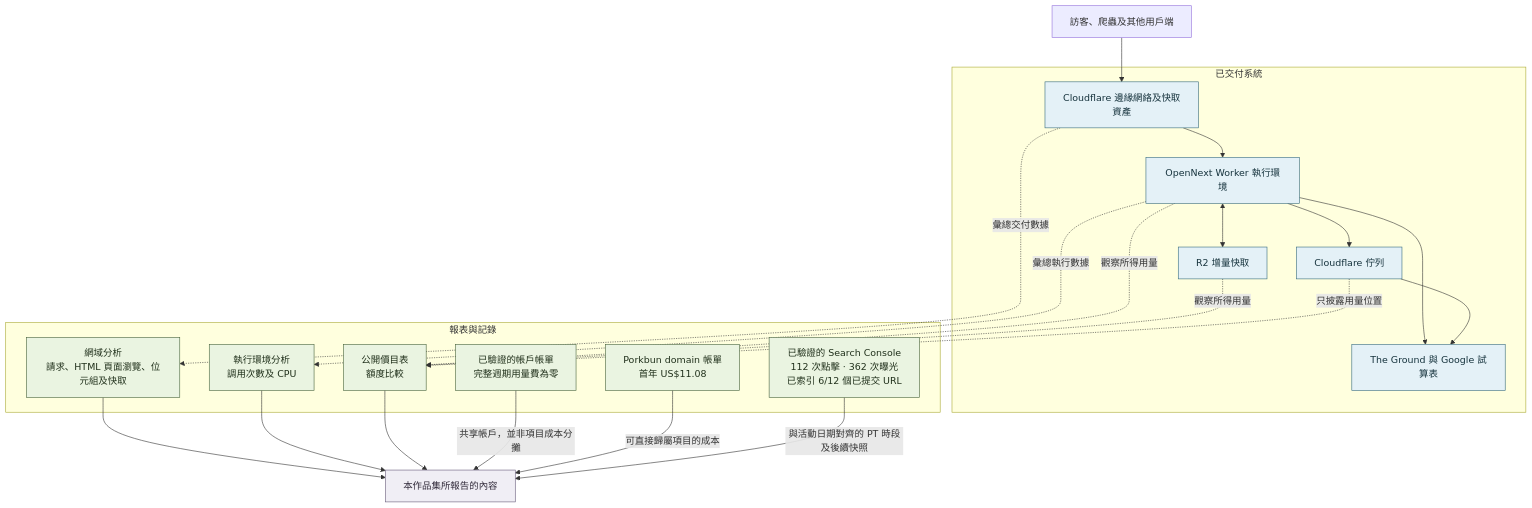
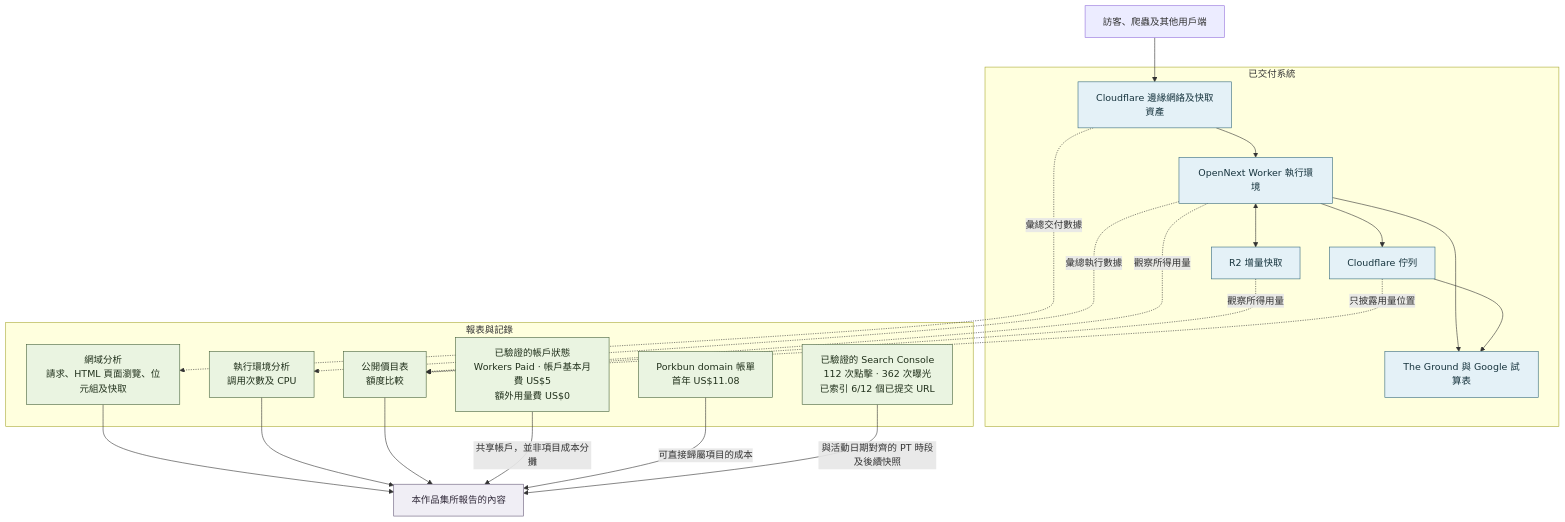
One commit to jackyngtf/wellness-village-event-platform changed the diagram in docs/diagrams/production-measurement-boundaries.zh-Hant.mmd. Above: the diagram before and after it, drawn with Mermaid. The commit also changed 147 other files, not shown here.

```diff
--- a/docs/diagrams/production-measurement-boundaries.zh-Hant.mmd
+++ b/docs/diagrams/production-measurement-boundaries.zh-Hant.mmd
@@ -1,48 +1,48 @@
 flowchart TB
     VISITOR[訪客、爬蟲及其他用戶端]
 
     subgraph DELIVERY[已交付系統]
         EDGE[Cloudflare 邊緣網絡及快取資產]
         WORKER[OpenNext Worker 執行環境]
         R2[R2 增量快取]
         QUEUE[Cloudflare 佇列]
         EXTERNAL[The Ground 與 Google 試算表]
     end
 
     subgraph EVIDENCE[報表與記錄]
         ZONE_ANALYTICS[網域分析<br/>請求、HTML 頁面瀏覽、位元組及快取]
         WORKER_ANALYTICS[執行環境分析<br/>調用次數及 CPU]
         RATE_CARD[公開價目表<br/>額度比較]
-        ACCOUNT_BILLING[已驗證的帳戶帳單<br/>完整週期用量費為零]
+        ACCOUNT_BILLING[已驗證的帳戶狀態<br/>Workers Paid · 帳戶基本月費 US$5<br/>額外用量費 US$0]
         DOMAIN_INVOICE[Porkbun domain 帳單<br/>首年 US$11.08]
         SEARCH_CONSOLE[已驗證的 Search Console<br/>112 次點擊 · 362 次曝光<br/>已索引 6/12 個已提交 URL]
     end
 
     PORTFOLIO[本作品集所報告的內容]
 
     VISITOR --> EDGE
     EDGE --> WORKER
     WORKER <--> R2
     WORKER --> QUEUE
     WORKER --> EXTERNAL
     QUEUE --> EXTERNAL
 
     EDGE -.->|彙總交付數據| ZONE_ANALYTICS
     WORKER -.->|彙總執行數據| WORKER_ANALYTICS
     WORKER -.->|觀察所得用量| RATE_CARD
     R2 -.->|觀察所得用量| RATE_CARD
     QUEUE -.->|只披露用量位置| RATE_CARD
 
     ZONE_ANALYTICS --> PORTFOLIO
     WORKER_ANALYTICS --> PORTFOLIO
     RATE_CARD --> PORTFOLIO
     ACCOUNT_BILLING -->|共享帳戶，並非項目成本分攤| PORTFOLIO
     DOMAIN_INVOICE -->|可直接歸屬項目的成本| PORTFOLIO
     SEARCH_CONSOLE -->|與活動日期對齊的 PT 時段及後續快照| PORTFOLIO
 
     classDef observed fill:#eaf4e1,stroke:#48633c,color:#20301b
     classDef system fill:#e4f1f7,stroke:#356a7d,color:#16333d
     classDef conclusion fill:#f0eef5,stroke:#675b79,color:#312a3a
     class EDGE,WORKER,R2,QUEUE,EXTERNAL system
     class ZONE_ANALYTICS,WORKER_ANALYTICS,RATE_CARD,ACCOUNT_BILLING,DOMAIN_INVOICE,SEARCH_CONSOLE observed
     class PORTFOLIO conclusion
```
